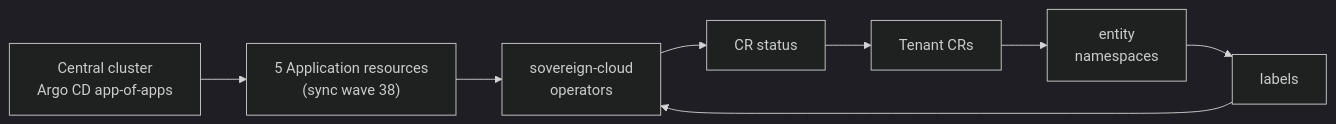
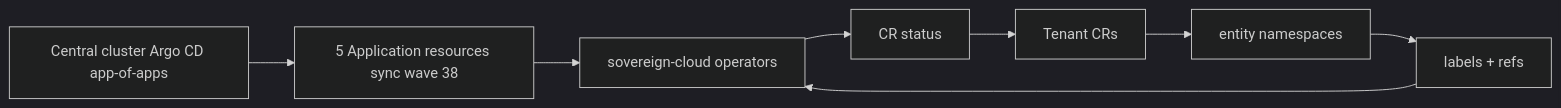
The diagram in architecture/docs/technical/20-tenancy-operators.md (hybrid-sovereign-cloud/bootstrap), drawn with Mermaid (dark theme) before and after one commit. The commit also changed other lines of this file and 1 other file, not shown here.

First line of the commit message:
Update tenancy operators docs and bootstrap values for dashboard v3.0.0

````diff
--- a/architecture/docs/technical/20-tenancy-operators.md
+++ b/architecture/docs/technical/20-tenancy-operators.md
@@ -28,16 +38,16 @@
 ```mermaid
 flowchart LR
-    ACD["Central cluster\nArgo CD app-of-apps"]
-    OPS["5 Application resources\n(sync wave 38)"]
-    SC["sovereign-cloud\noperators"]
-    EN["entity\nnamespaces"]
+    ACD["Central cluster Argo CD app-of-apps"]
+    OPS["5 Application resources sync wave 38"]
+    SC["sovereign-cloud operators"]
+    EN["entity namespaces"]
     CR["Tenant CRs"]
-    LB["labels"]
+    LB["labels + refs"]
     SS["CR status"]
 
     ACD --> OPS --> SC
     CR --> EN
     EN --> LB
     LB --> SC
     SC --> SS --> CR
 ```
````
